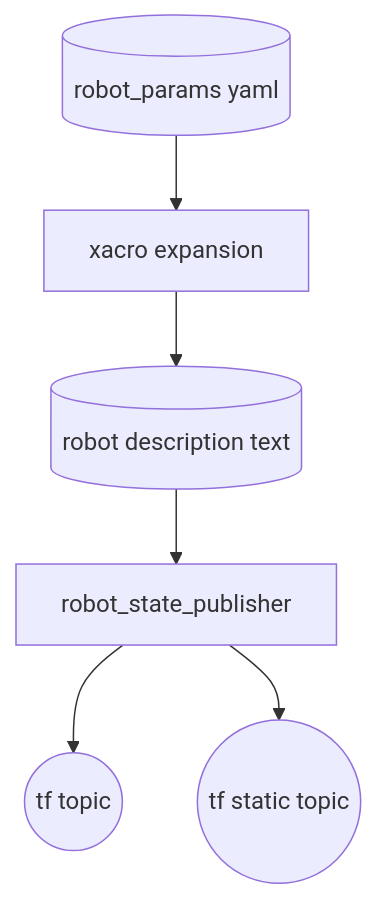
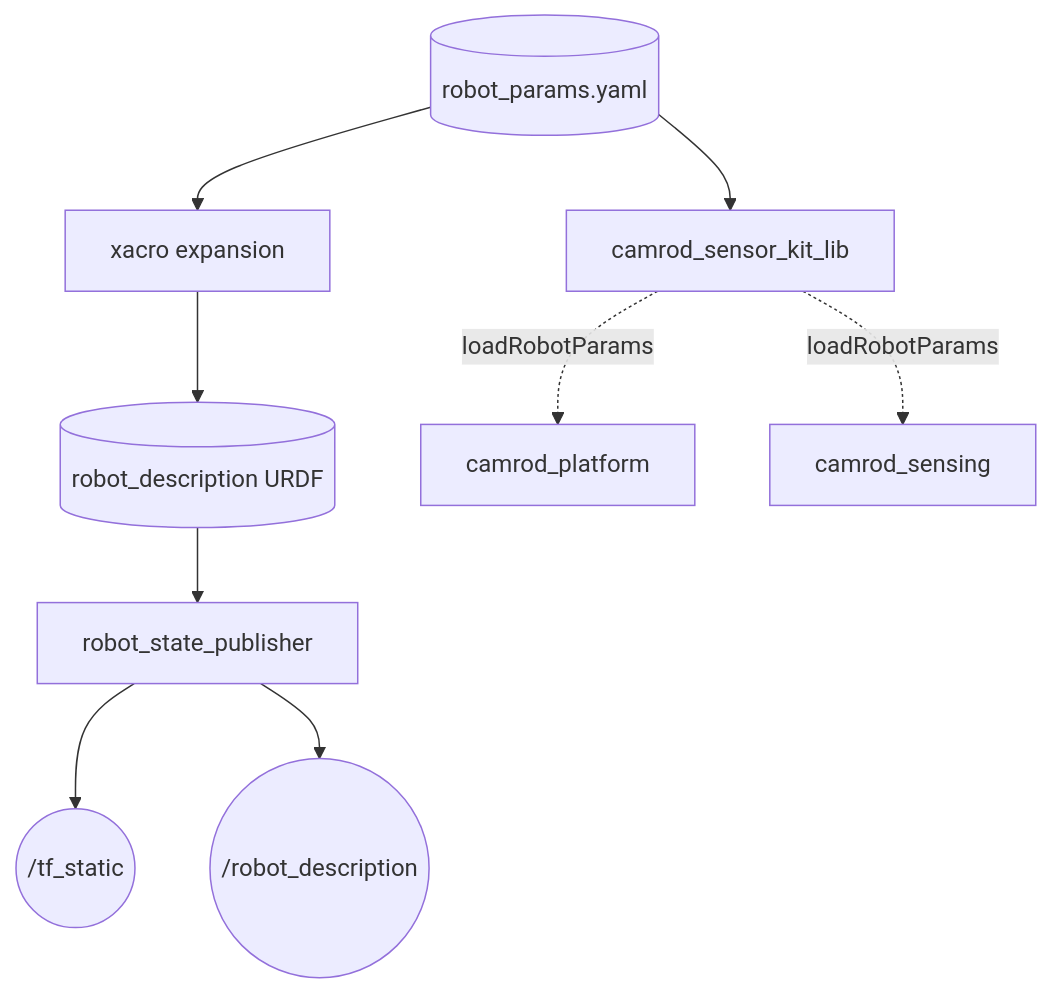
One commit to hwanhonglee/CAMROD changed the first of 2 diagrams in camrod_sensor_kit/README.md. Above: the diagram before and after it, drawn with Mermaid. The commit also changed other lines of this file and 15 other files, not shown here.

````diff
--- a/camrod_sensor_kit/README.md
+++ b/camrod_sensor_kit/README.md
@@ -7,8 +7,12 @@
 ```mermaid
 graph TD
-  PARAM[(robot_params yaml)] --> XACRO[xacro expansion]
-  XACRO --> DESC[(robot description text)]
+  YAML[(robot_params.yaml)] --> XACRO[xacro expansion]
+  XACRO --> DESC[(robot_description URDF)]
   DESC --> RSP[robot_state_publisher]
-  RSP --> TF((tf topic))
-  RSP --> TFS((tf static topic))
+  RSP --> TF(("/tf_static"))
+  RSP --> URDF(("/robot_description"))
+
+  YAML --> LIB[camrod_sensor_kit_lib]
+  LIB -. loadRobotParams .-> PLAT[camrod_platform]
+  LIB -. loadRobotParams .-> SENS[camrod_sensing]
 ```
````
